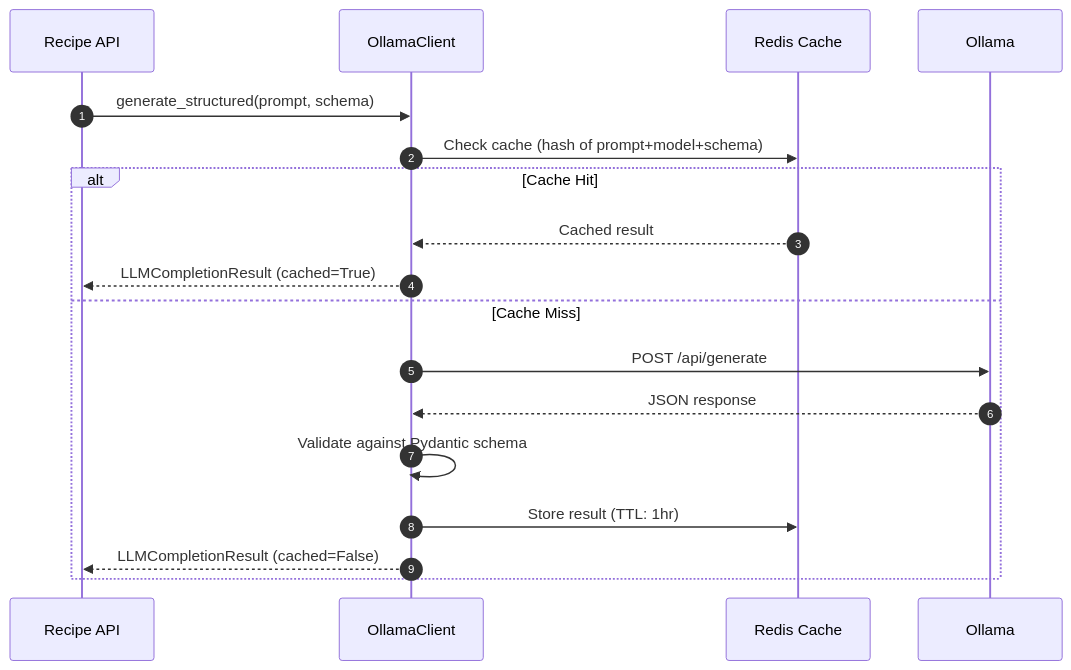
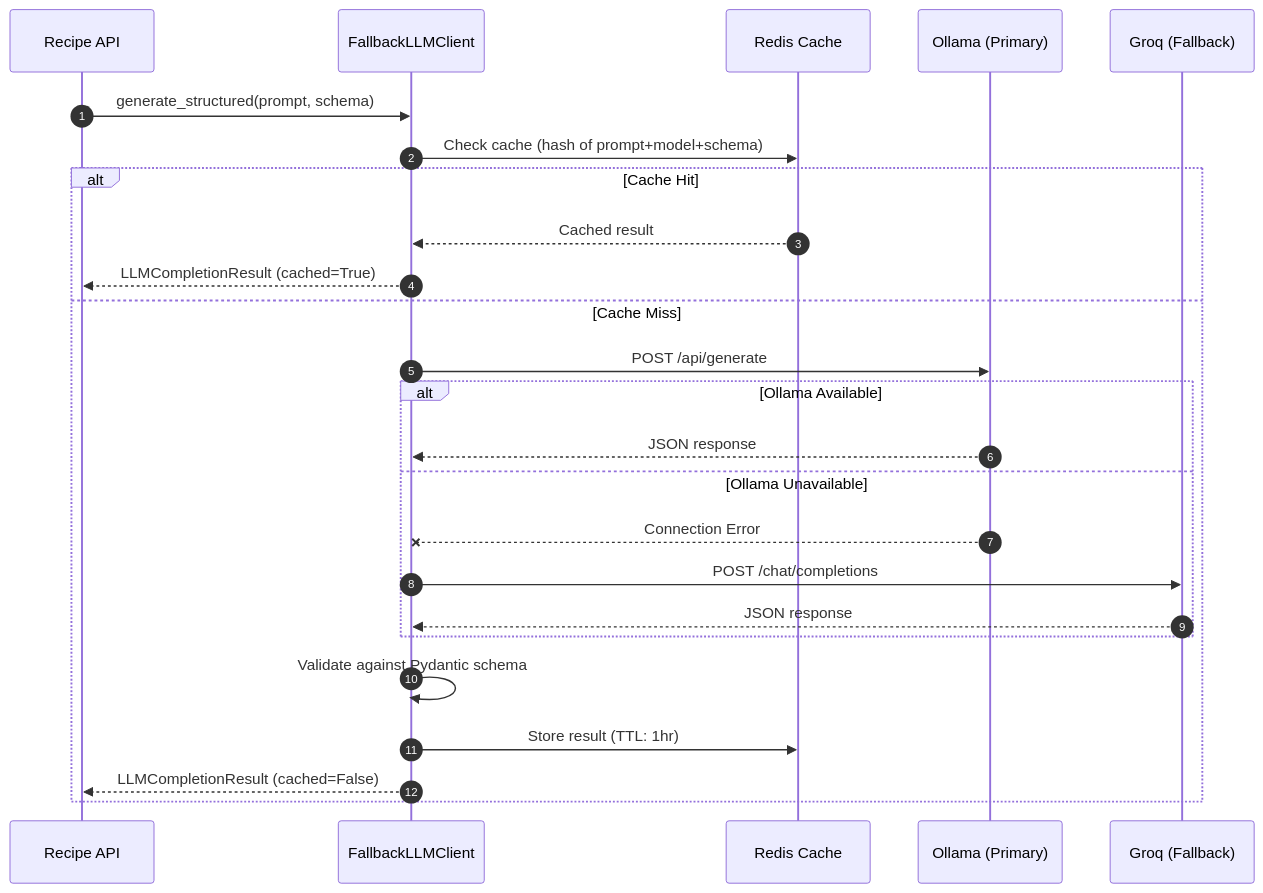
Diagram 12 of 16 in docs/architecture.md (Recipe-Web-App/recipe-scraper-service), drawn with Mermaid before and after one commit. The commit also changed other lines of this file and 16 other files, not shown here.

Commit message:
feat(rewrite): added remote groq alternative for LLM

````diff
--- a/docs/architecture.md
+++ b/docs/architecture.md
@@ -320,22 +337,29 @@
 ```mermaid
 sequenceDiagram
     autonumber
     participant API as Recipe API
-    participant Client as OllamaClient
+    participant Fallback as FallbackLLMClient
     participant Cache as Redis Cache
-    participant LLM as Ollama
+    participant Ollama as Ollama (Primary)
+    participant Groq as Groq (Fallback)
 
-    API->>Client: generate_structured(prompt, schema)
-    Client->>Cache: Check cache (hash of prompt+model+schema)
+    API->>Fallback: generate_structured(prompt, schema)
+    Fallback->>Cache: Check cache (hash of prompt+model+schema)
 
     alt Cache Hit
-        Cache-->>Client: Cached result
-        Client-->>API: LLMCompletionResult (cached=True)
+        Cache-->>Fallback: Cached result
+        Fallback-->>API: LLMCompletionResult (cached=True)
     else Cache Miss
-        Client->>LLM: POST /api/generate
-        LLM-->>Client: JSON response
-        Client->>Client: Validate against Pydantic schema
-        Client->>Cache: Store result (TTL: 1hr)
-        Client-->>API: LLMCompletionResult (cached=False)
+        Fallback->>Ollama: POST /api/generate
+        alt Ollama Available
+            Ollama-->>Fallback: JSON response
+        else Ollama Unavailable
+            Ollama--xFallback: Connection Error
+            Fallback->>Groq: POST /chat/completions
+            Groq-->>Fallback: JSON response
+        end
+        Fallback->>Fallback: Validate against Pydantic schema
+        Fallback->>Cache: Store result (TTL: 1hr)
+        Fallback-->>API: LLMCompletionResult (cached=False)
     end
 ```
````
